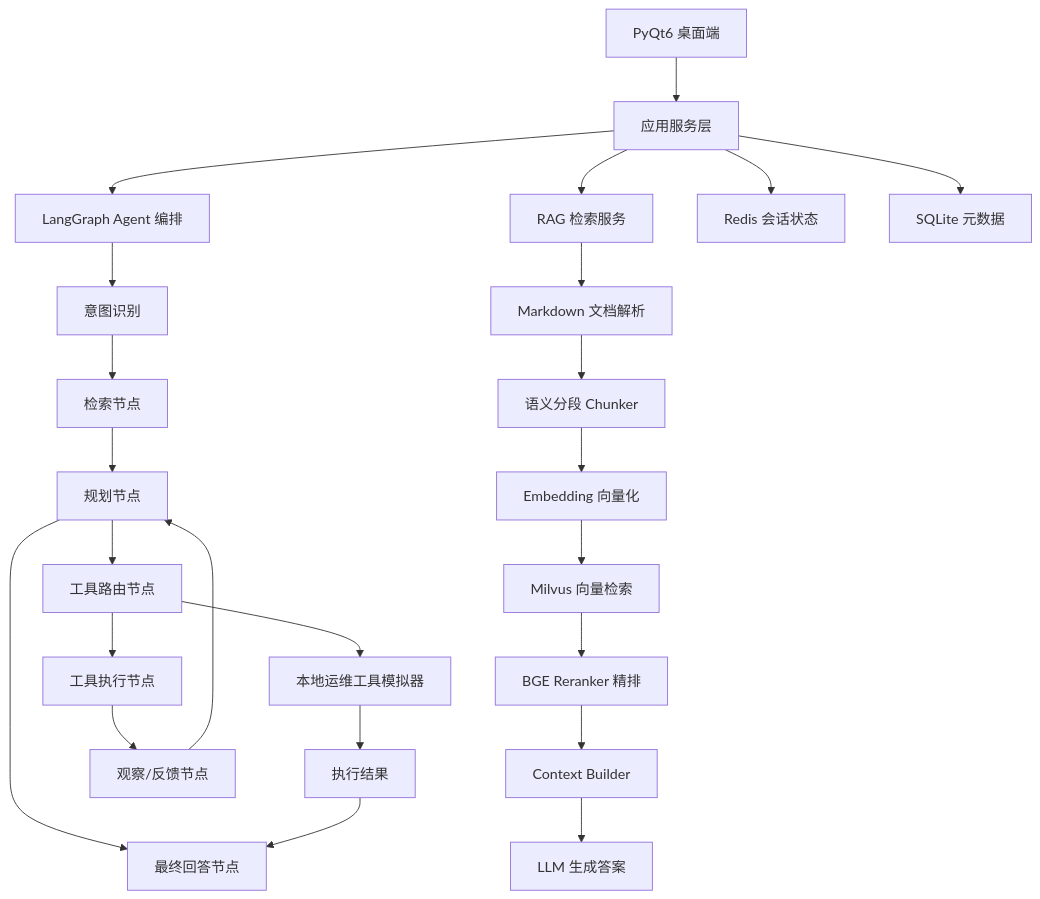
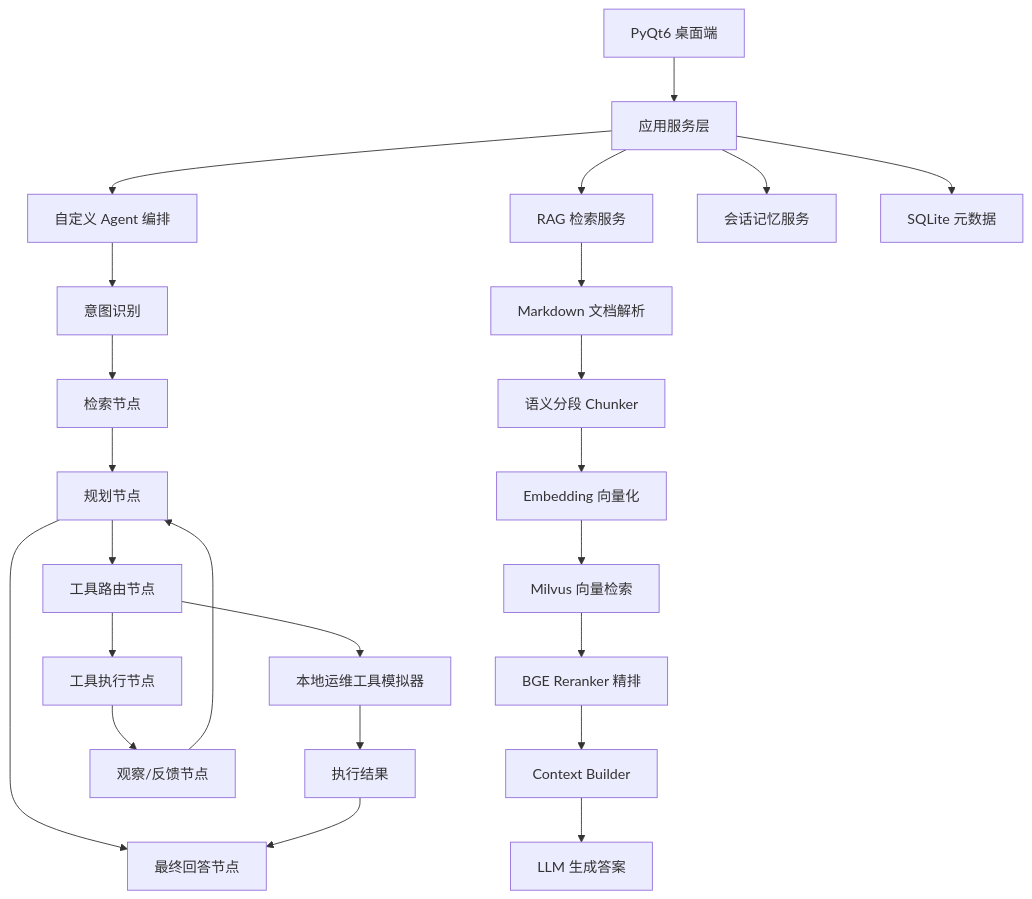
One commit to Akira-FD/AI_Agent_First changed the first of 7 diagrams in AI_Agent_First_MVP_Architecture.md. Above: the diagram before and after it, drawn with Mermaid. The commit also changed other lines of this file and 18 other files, not shown here.

````diff
--- a/AI_Agent_First_MVP_Architecture.md
+++ b/AI_Agent_First_MVP_Architecture.md
@@ -32,29 +33,29 @@
 ```mermaid
 flowchart TD
     A["PyQt6 桌面端"] --> B["应用服务层"]
-    B --> C["LangGraph Agent 编排"]
+    B --> C["自定义 Agent 编排"]
     B --> D["RAG 检索服务"]
-    B --> E["Redis 会话状态"]
+    B --> E["会话记忆服务"]
     B --> F["SQLite 元数据"]
 
     D --> G["Markdown 文档解析"]
     G --> H["语义分段 Chunker"]
     H --> I["Embedding 向量化"]
     I --> J["Milvus 向量检索"]
     J --> K["BGE Reranker 精排"]
     K --> L["Context Builder"]
     L --> M["LLM 生成答案"]
 
     C --> N["意图识别"]
     N --> O["检索节点"]
     O --> P["规划节点"]
     P --> Q["工具路由节点"]
     Q --> R["工具执行节点"]
     R --> S["观察/反馈节点"]
     S --> P
     P --> T["最终回答节点"]
 
     Q --> U["本地运维工具模拟器"]
     U --> V["执行结果"]
     V --> T
 ```
````
